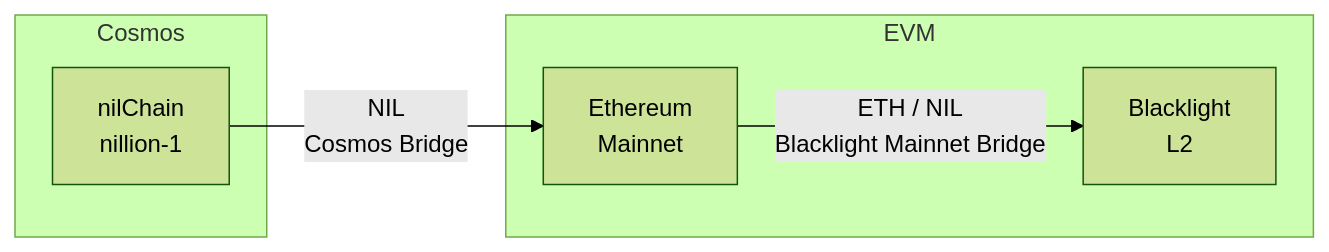
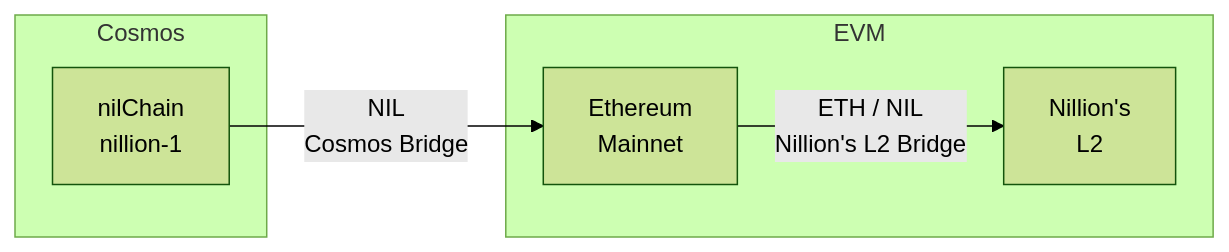
Before and after one commit to NillionNetwork/nillion-docs: the diagram in docs/blacklight/tools/bridging.md, drawn with Mermaid (forest theme). The commit also changed other lines of this file and 3 other files, not shown here.

Commit message:
feat: stucture for 27th Jan release, video for cosmos bridge, other language changes, mainnet config page completed

````diff
--- a/docs/blacklight/tools/bridging.md
+++ b/docs/blacklight/tools/bridging.md
@@ -5,14 +5,14 @@
 ```mermaid
 flowchart LR
     subgraph Cosmos
         NC[nilChain<br/>nillion-1]
     end
 
     subgraph EVM
         ETH[Ethereum<br/>Mainnet]
-        BL[Blacklight<br/>L2]
+        BL[Nillion's<br/>L2]
     end
 
     NC -->|NIL<br/>Cosmos Bridge| ETH
-    ETH -->|ETH / NIL<br/>Blacklight Mainnet Bridge| BL
+    ETH -->|ETH / NIL<br/>Nillion's L2 Bridge| BL
 ```
````
